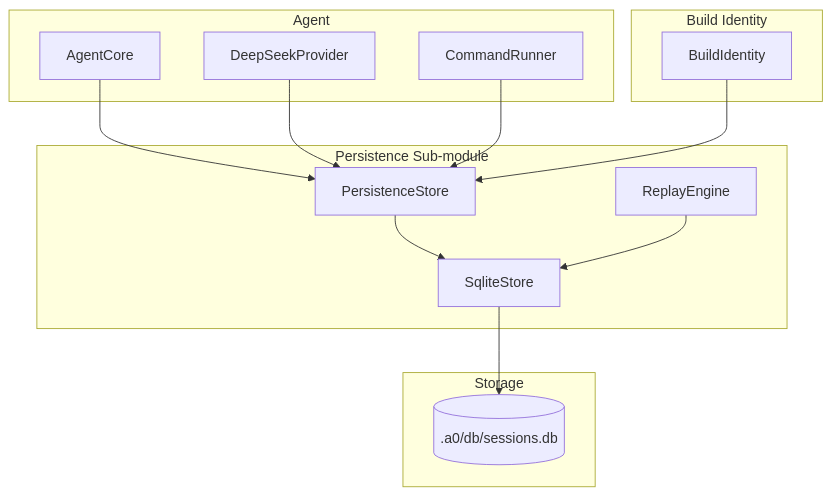
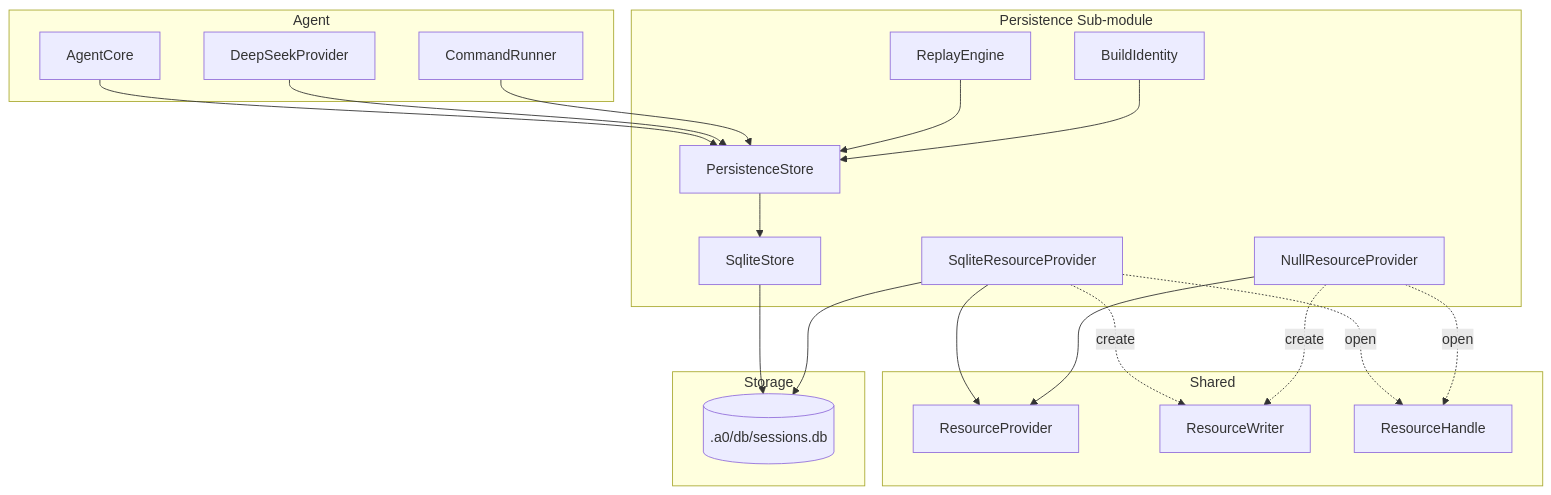
One commit to opensassi/a0 changed the first of 4 diagrams in src/persistence/technical-specification.md. Above: the diagram before and after it, drawn with Mermaid. The commit also changed other lines of this file and 165 other files, not shown here.

````diff
--- a/src/persistence/technical-specification.md
+++ b/src/persistence/technical-specification.md
@@ -402,30 +484,43 @@
 ```mermaid
 graph TB
     subgraph "Agent"
         AC[AgentCore]
         DP[DeepSeekProvider]
         CR[CommandRunner]
     end
 
     subgraph "Persistence Sub-module"
         PS[PersistenceStore]
         SS[SqliteStore]
         RE[ReplayEngine]
+        BI[BuildIdentity]
+        SRP[SqliteResourceProvider]
+        NRP[NullResourceProvider]
     end
 
     subgraph "Storage"
         DB[(.a0/db/sessions.db)]
     end
 
-    subgraph "Build Identity"
-        BI[BuildIdentity]
+    subgraph "Shared"
+        RP[ResourceProvider]
+        RW[ResourceWriter]
+        RH[ResourceHandle]
     end
 
     AC --> PS
     DP --> PS
     CR --> PS
     PS --> SS
     SS --> DB
-    RE --> SS
+    RE --> PS
     BI --> PS
+
+    SRP --> RP
+    NRP --> RP
+    SRP --> DB
+    SRP -. create .-> RW
+    SRP -. open .-> RH
+    NRP -. create .-> RW
+    NRP -. open .-> RH
 ```
````
